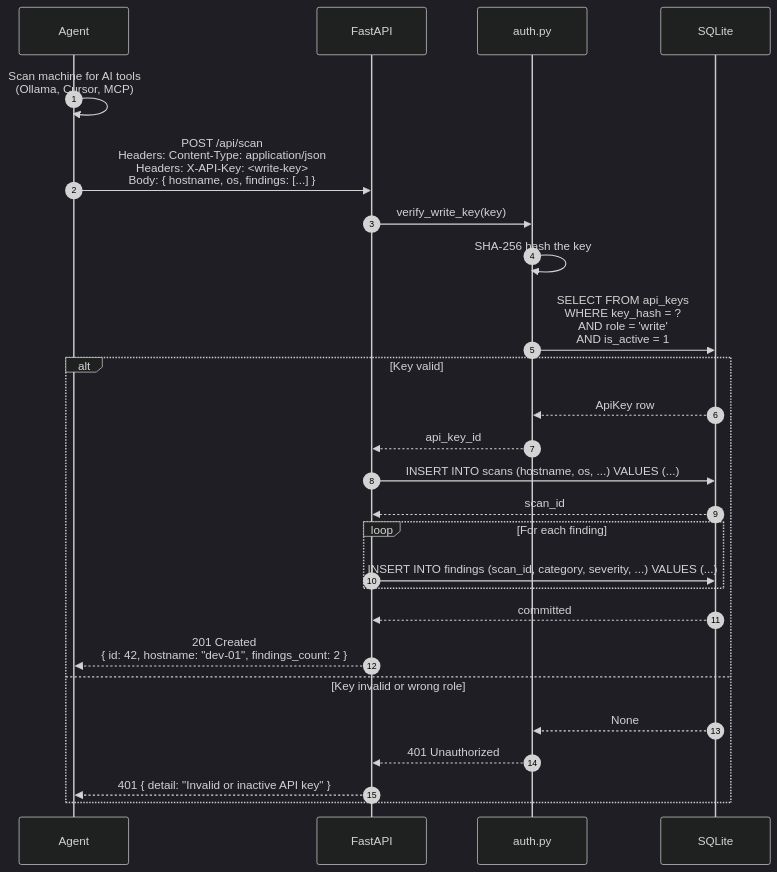
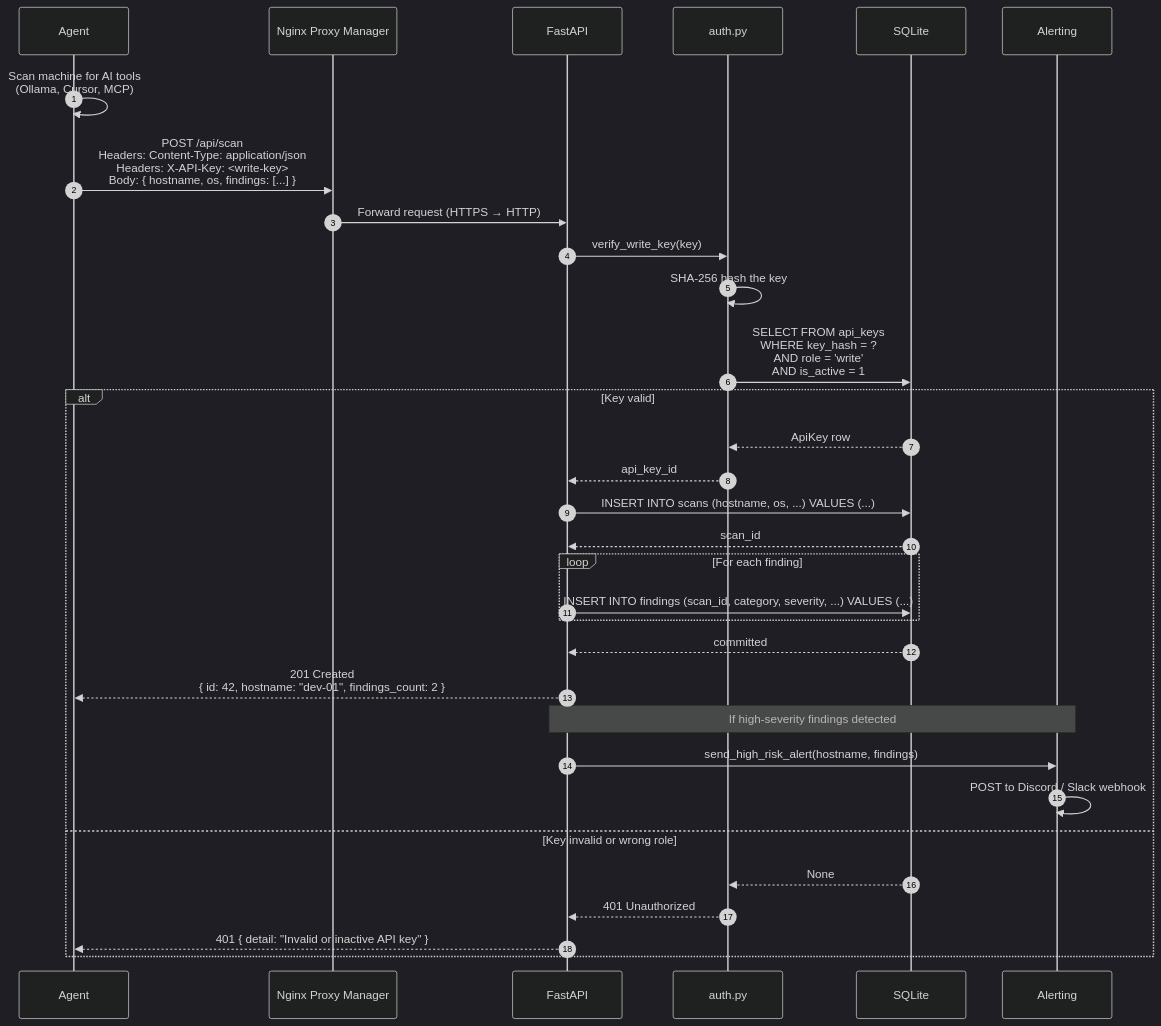
One commit to vibecode-team7/ARGUS changed the second of 9 diagrams in docs/architecture.md. Above: the diagram before and after it, drawn with Mermaid (dark theme). The commit also changed other lines of this file and 8 other files, not shown here.

````diff
--- a/docs/architecture.md
+++ b/docs/architecture.md
@@ -63,32 +64,39 @@
 ```mermaid
 sequenceDiagram
     autonumber
     participant Agent as Agent
+    participant NPM as Nginx Proxy Manager
     participant API as FastAPI
     participant Auth as auth.py
     participant DB as SQLite
+    participant Alert as Alerting
 
     Agent->>Agent: Scan machine for AI tools<br>(Ollama, Cursor, MCP)
 
-    Agent->>API: POST /api/scan<br>Headers: Content-Type: application/json<br>Headers: X-API-Key: <write-key><br>Body: { hostname, os, findings: [...] }
+    Agent->>NPM: POST /api/scan<br>Headers: Content-Type: application/json<br>Headers: X-API-Key: <write-key><br>Body: { hostname, os, findings: [...] }
 
+    NPM->>API: Forward request (HTTPS → HTTP)
     API->>Auth: verify_write_key(key)
     Auth->>Auth: SHA-256 hash the key
     Auth->>DB: SELECT FROM api_keys<br>WHERE key_hash = ?<br>AND role = 'write'<br>AND is_active = 1
 
     alt Key valid
         DB-->>Auth: ApiKey row
         Auth-->>API: api_key_id
         API->>DB: INSERT INTO scans (hostname, os, ...) VALUES (...)
         DB-->>API: scan_id
         loop For each finding
             API->>DB: INSERT INTO findings (scan_id, category, severity, ...) VALUES (...)
         end
         DB-->>API: committed
         API-->>Agent: 201 Created<br>{ id: 42, hostname: "dev-01", findings_count: 2 }
+
+        Note over API,Alert: If high-severity findings detected
+        API->>Alert: send_high_risk_alert(hostname, findings)
+        Alert->>Alert: POST to Discord / Slack webhook
     else Key invalid or wrong role
         DB-->>Auth: None
         Auth-->>API: 401 Unauthorized
         API-->>Agent: 401 { detail: "Invalid or inactive API key" }
     end
 ```
````
